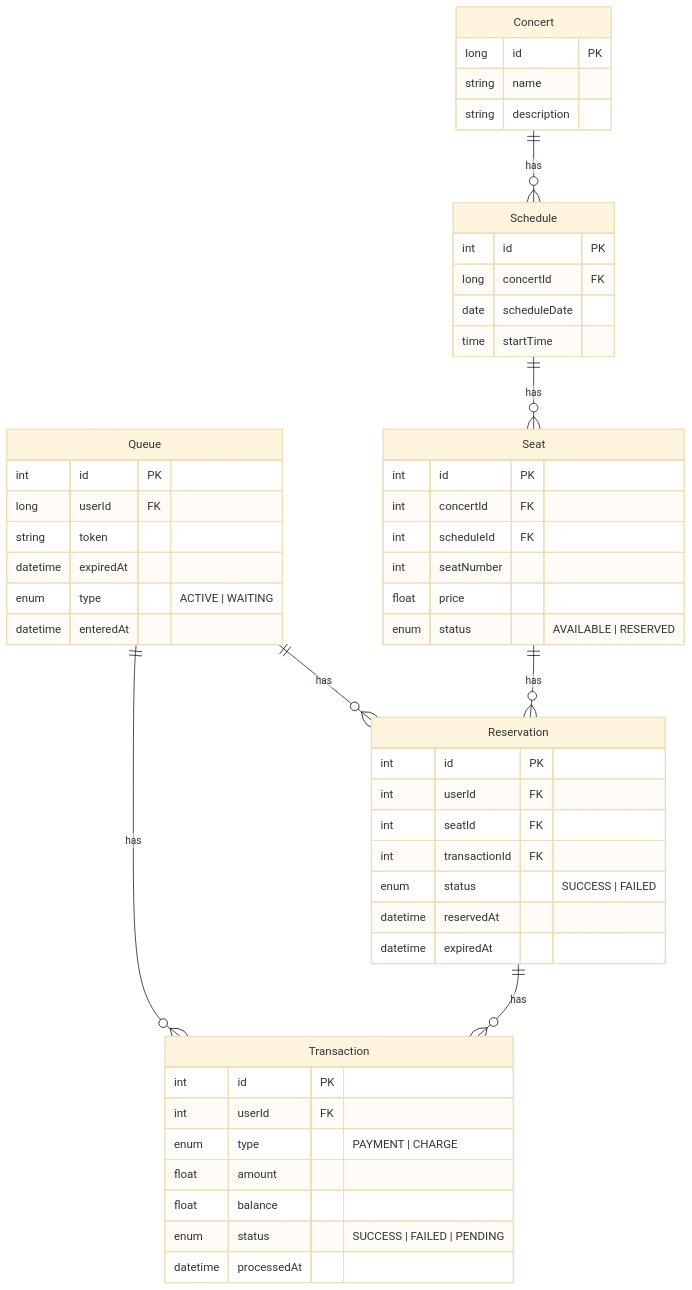
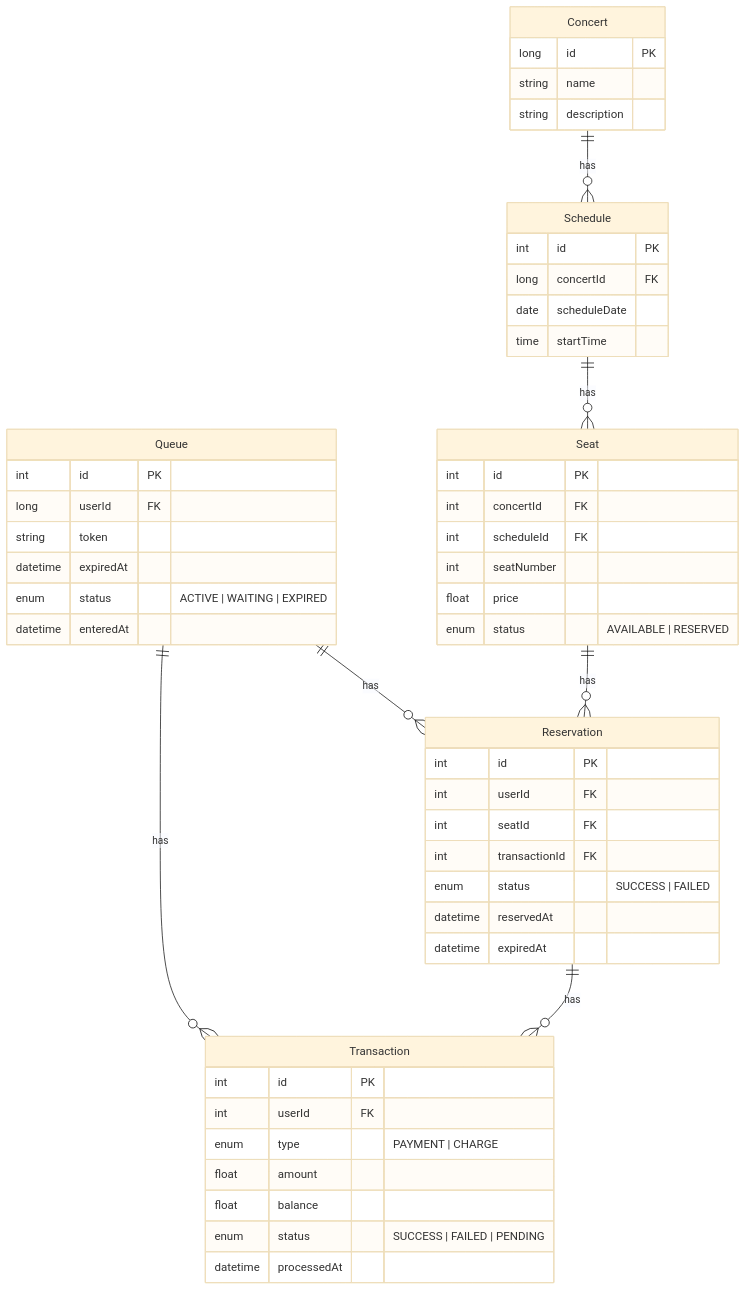
One commit to dohee789/concert-reservation changed the diagram in docs/ERD.mermaid. Above: the diagram before and after it, drawn with Mermaid (base theme). The commit also changed 2 other files, not shown here.

Commit message:
:memo: ERD, ClassDiagram 수정

```diff
--- a/docs/ERD.mermaid
+++ b/docs/ERD.mermaid
@@ -1,58 +1,58 @@
 erDiagram
     Queue ||--o{ Reservation : has
     Queue ||--o{ Transaction : has
 
     Queue {
         int id PK
         long userId FK
         string token
         datetime expiredAt
-        enum type "ACTIVE | WAITING"
+        enum status "ACTIVE | WAITING | EXPIRED"
         datetime enteredAt
     }
 
     Concert ||--o{ Schedule : has
     Concert {
         long id PK
         string name
         string description
     }
 
     Schedule ||--o{ Seat : has
     Schedule {
         int id PK
         long concertId FK
         date scheduleDate
         time startTime
     }
 
     Seat ||--o{ Reservation : has
     Seat {
         int id PK
         int concertId FK
         int scheduleId FK
         int seatNumber
         float price
         enum status "AVAILABLE | RESERVED"
     }
 
     Reservation ||--o{ Transaction : has
     Reservation {
         int id PK
         int userId FK
         int seatId FK
         int transactionId FK
         enum status "SUCCESS | FAILED"
         datetime reservedAt
         datetime expiredAt
     }
 
     Transaction {
         int id PK
         int userId FK
         enum type "PAYMENT | CHARGE"
         float amount
         float balance
         enum status "SUCCESS | FAILED | PENDING"
         datetime processedAt
     }
```
